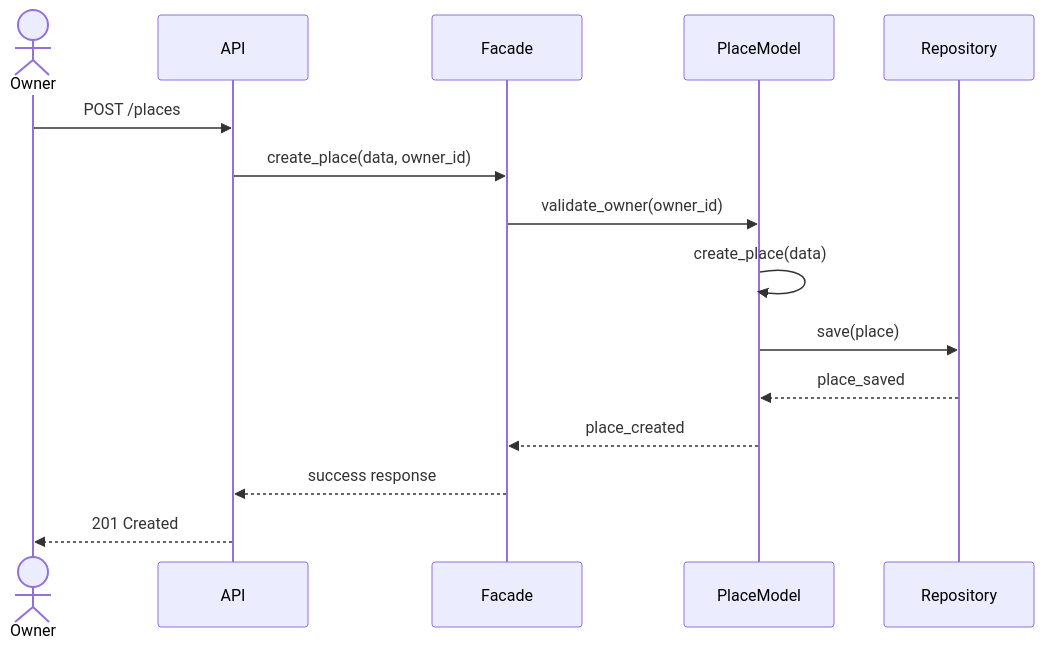
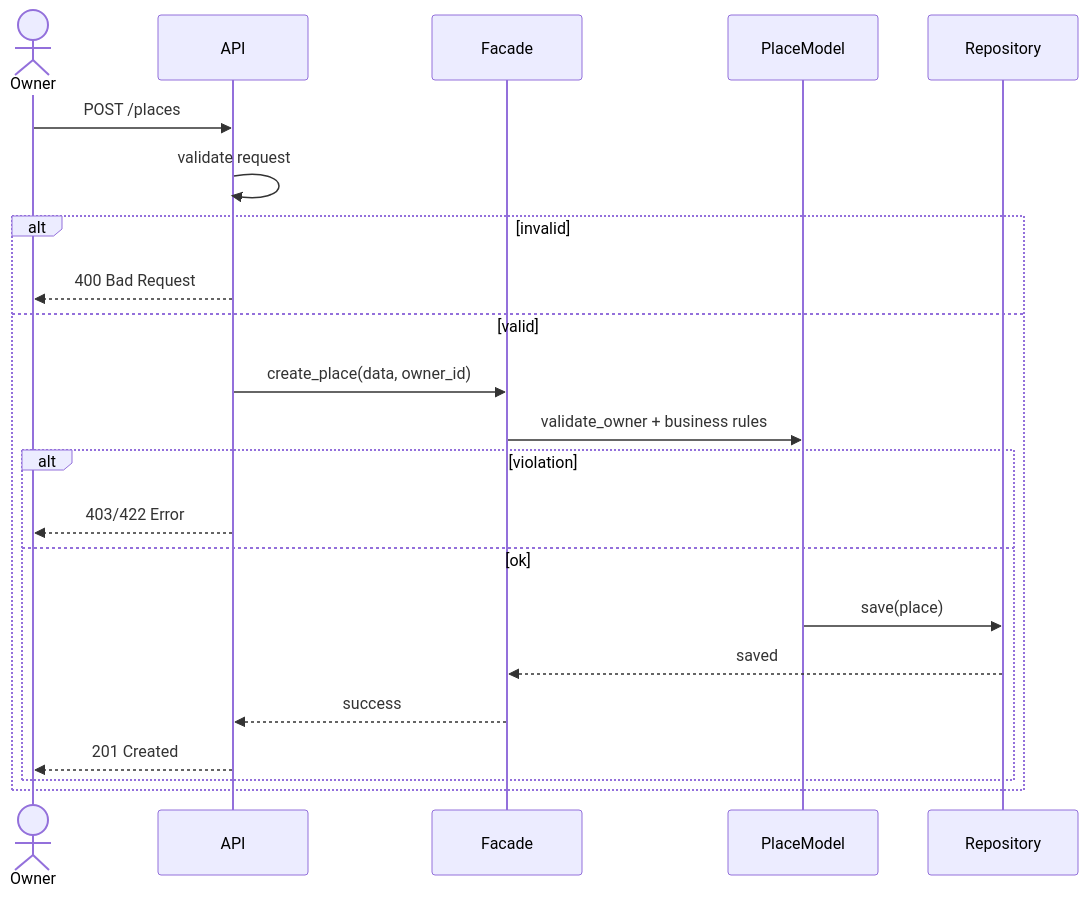
One commit to SaraEstelle/holbertonschool-hbnb changed the second of 4 diagrams in part1/Sequence-Diagrams_for_API_Calls.md. Above: the diagram before and after it, drawn with Mermaid. The commit also changed other lines of this file, not shown here.

Commit message:
diagrams_with_constraints

````diff
--- a/part1/Sequence-Diagrams_for_API_Calls.md
+++ b/part1/Sequence-Diagrams_for_API_Calls.md
@@ -35,18 +47,28 @@
 ```mermaid
 sequenceDiagram
     actor Owner
     participant API
     participant Facade
     participant PlaceModel
     participant Repository
 
     Owner ->> API: POST /places
-    API ->> Facade: create_place(data, owner_id)
-    Facade ->> PlaceModel: validate_owner(owner_id)
-    PlaceModel ->> PlaceModel: create_place(data)
-    PlaceModel ->> Repository: save(place)
-    Repository -->> PlaceModel: place_saved
-    PlaceModel -->> Facade: place_created
-    Facade -->> API: success response
-    API -->> Owner: 201 Created
+
+    API ->> API: validate request
+
+    alt invalid
+        API -->> Owner: 400 Bad Request
+    else valid
+        API ->> Facade: create_place(data, owner_id)
+        Facade ->> PlaceModel: validate_owner + business rules
+
+        alt violation
+            API -->> Owner: 403/422 Error
+        else ok
+            PlaceModel ->> Repository: save(place)
+            Repository -->> Facade: saved
+            Facade -->> API: success
+            API -->> Owner: 201 Created
+        end
+    end
 ```
````
